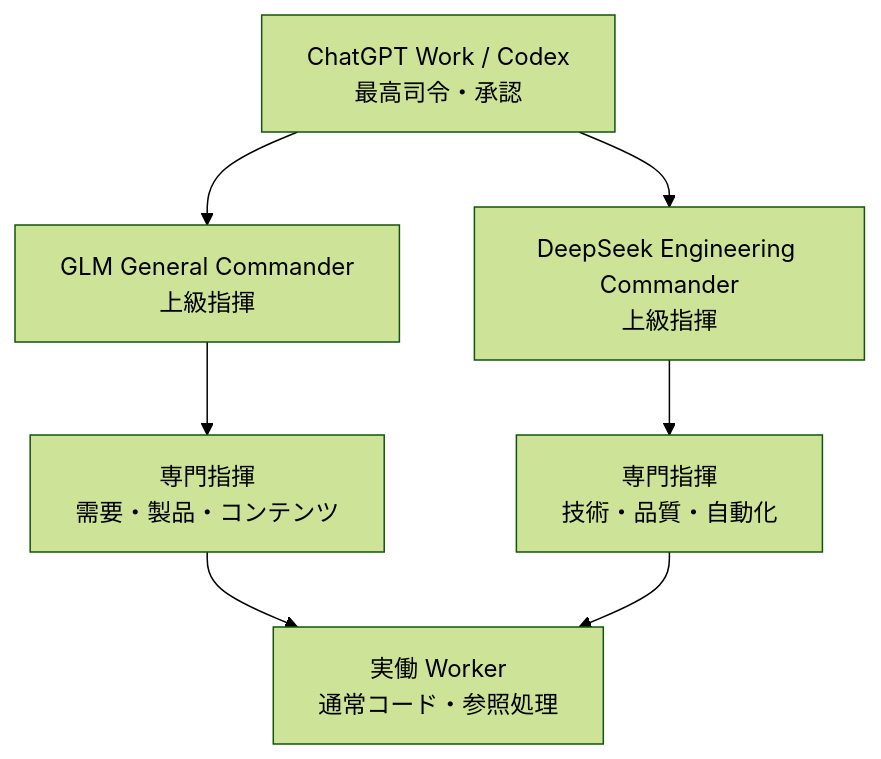
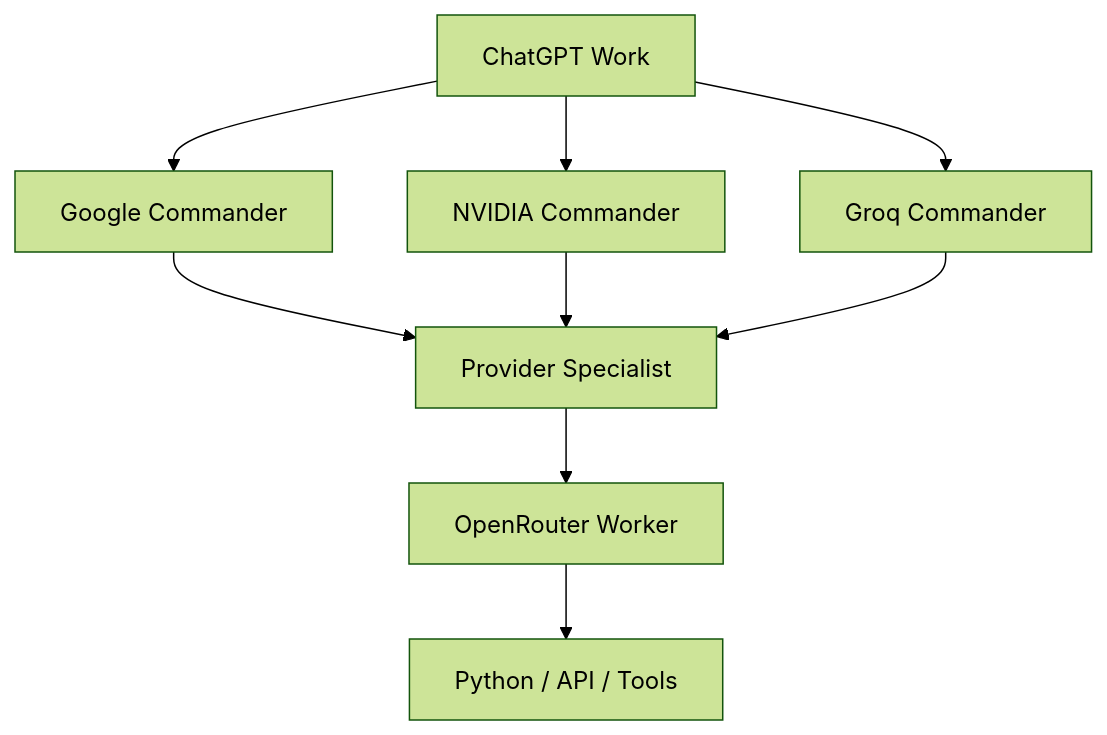
Before and after one commit to nyu1791-collab/hf-site-agent: the diagram in docs/HIERARCHICAL_RUNTIME.md, drawn with Mermaid (forest theme). The commit also changed other lines of this file and 42 other files, not shown here.

````diff
--- a/docs/HIERARCHICAL_RUNTIME.md
+++ b/docs/HIERARCHICAL_RUNTIME.md
@@ -19,9 +18,11 @@
 ```mermaid
 flowchart TD
-  C[ChatGPT Work / Codex\n最高司令・承認] --> Q[GLM General Commander\n上級指揮]
-  C --> D[DeepSeek Engineering Commander\n上級指揮]
-  Q --> S1[専門指揮\n需要・製品・コンテンツ]
-  D --> S2[専門指揮\n技術・品質・自動化]
-  S1 --> W[実働 Worker\n通常コード・参照処理]
-  S2 --> W
+  C[ChatGPT Work] --> G[Google Commander]
+  C --> N[NVIDIA Commander]
+  C --> R[Groq Commander]
+  G --> S[Provider Specialist]
+  N --> S
+  R --> S
+  S --> W[OpenRouter Worker]
+  W --> P[Python / API / Tools]
 ```
````
